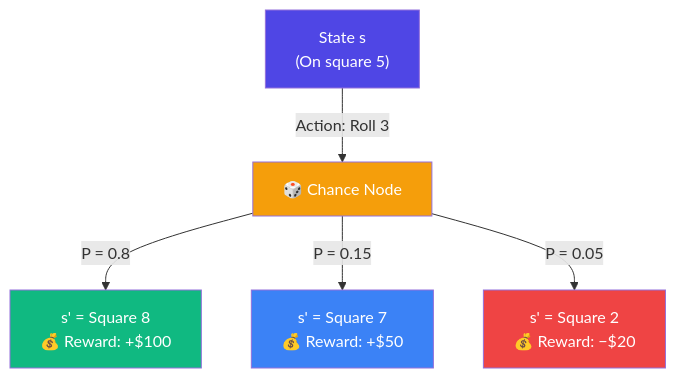
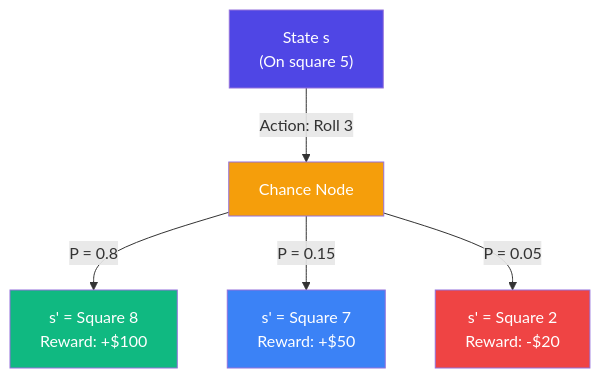
The fifth of 9 diagrams in 02_Markov_Decision_Process(MDPs)/README.md (Abhijit1102/reinforcement_learning), drawn with Mermaid before and after one commit. The commit also changed other lines of this file, not shown here.

Commit message:
chapter 2 readme imporve mermaid

````diff
--- a/02_Markov_Decision_Process(MDPs)/README.md
+++ b/02_Markov_Decision_Process(MDPs)/README.md
@@ -115,14 +115,14 @@
 ```mermaid
 flowchart TD
-    S["State s<br/>(On square 5)"] -->|Action: Roll 3| A
+    S["State s<br/>(On square 5)"] -->|"Action: Roll 3"| A
 
-    A["🎲 Chance Node"] -->|P = 0.8| S1["s' = Square 8<br/>💰 Reward: +$100"]
-    A -->|P = 0.15| S2["s' = Square 7<br/>💰 Reward: +$50"]
-    A -->|P = 0.05| S3["s' = Square 2<br/>💰 Reward: −$20"]
+    A["Chance Node"] -->|"P = 0.8"| S1["s' = Square 8<br/>Reward: +$100"]
+    A -->|"P = 0.15"| S2["s' = Square 7<br/>Reward: +$50"]
+    A -->|"P = 0.05"| S3["s' = Square 2<br/>Reward: -$20"]
 
     style S fill:#4f46e5,color:#fff
     style A fill:#f59e0b,color:#fff
     style S1 fill:#10b981,color:#fff
     style S2 fill:#3b82f6,color:#fff
     style S3 fill:#ef4444,color:#fff
 ```
````
